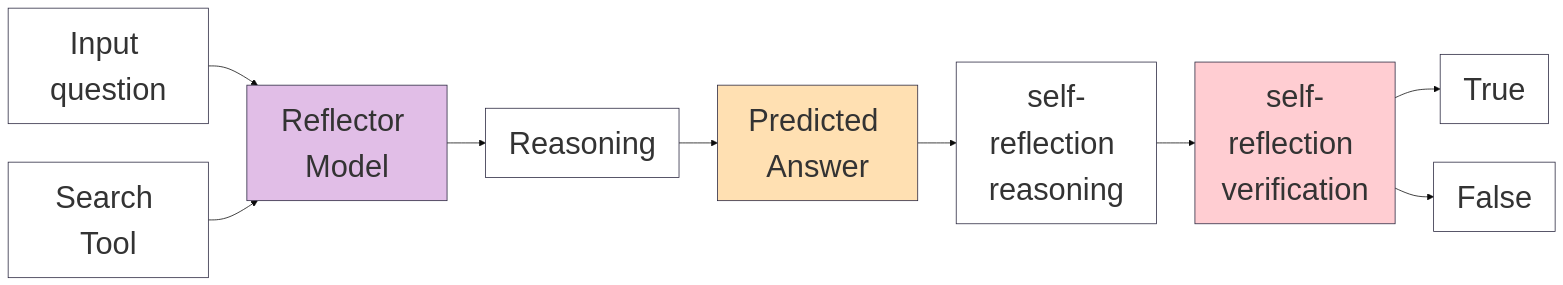
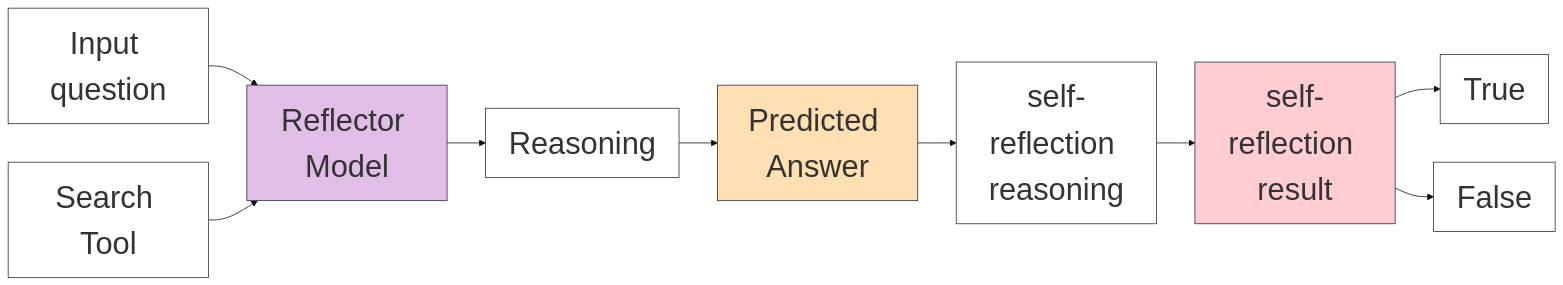
The sixth of 6 diagrams in mermaid/mermaid_workflow_diagram.md (RustDesert/MARRAG), drawn with Mermaid before and after one commit. The commit also changed other lines of this file and 2 other files, not shown here.

Commit message:
update graphs

````diff
--- a/mermaid/mermaid_workflow_diagram.md
+++ b/mermaid/mermaid_workflow_diagram.md
@@ -133,24 +134,24 @@
 ```mermaid
 ---
 config:
   theme: base
   themeVariables:
     fontSize: 40px
     primaryColor: '#fff'
     secondaryColor: '#e6e6e6'
     primaryBorderColor: '#28253D'
     secondaryBorderColor: '#000000'
 ---
 flowchart LR
     A["Input question"] --> Ref["Reflector Model"]
     B["Search Tool"] --> Ref
     Ref --> C["Reasoning"]
     C --> D["Predicted Answer"]
     D --> E["self-reflection reasoning"]
-    E --> F["self-reflection verification"]
+    E --> F["self-reflection result"]
     F --> G["True"] & H["False"]
 
     style Ref fill:#E1BEE7
     style D fill:#FFE0B2
     style F fill:#FFCDD2
 ```
````
